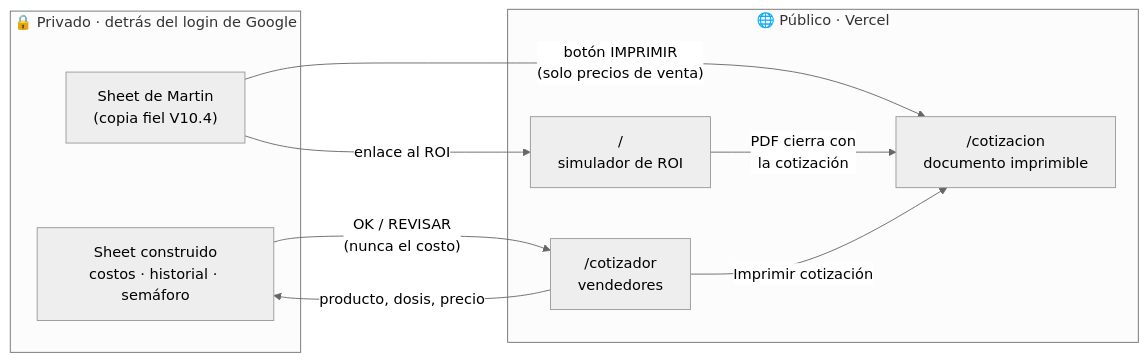
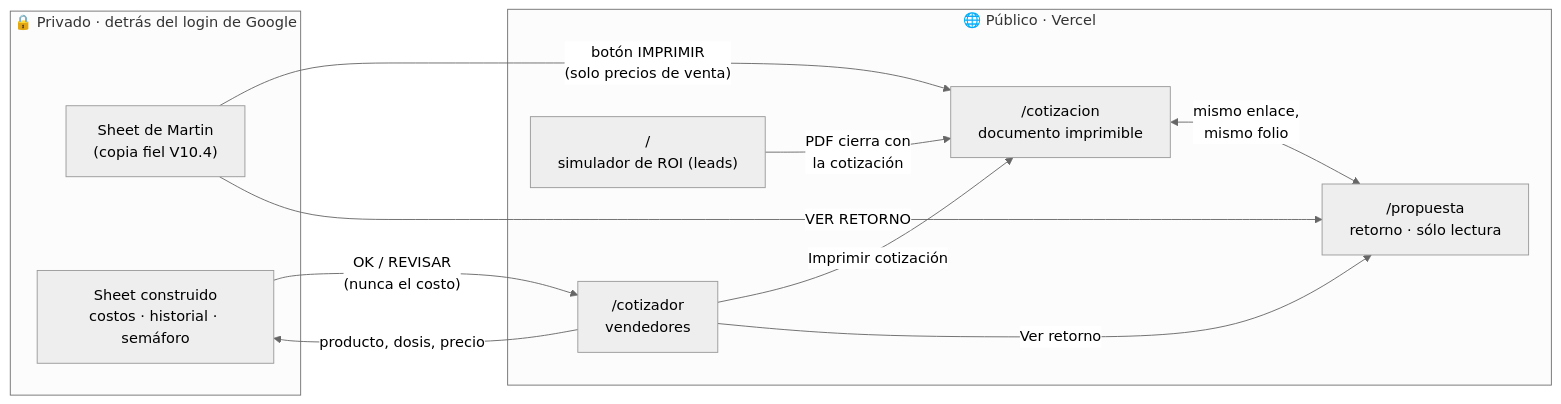
One commit to Ricmonpa/leucotec.ia changed the diagram in README.md. Above: the diagram before and after it, drawn with Mermaid (neutral theme). The commit also changed other lines of this file and 10 other files, not shown here.

First line of the commit message:
Propuesta de retorno de solo lectura para prospectos calificados

````diff
--- a/README.md
+++ b/README.md
@@ -60,20 +61,23 @@
 ```mermaid
 flowchart LR
     subgraph Privado["🔒 Privado · detrás del login de Google"]
         SM["Sheet de Martin<br/>(copia fiel V10.4)"]
         SC["Sheet construido<br/>costos · historial · semáforo"]
     end
 
     subgraph Publico["🌐 Público · Vercel"]
         CZ["/cotizador<br/>vendedores"]
         CT["/cotizacion<br/>documento imprimible"]
-        SIM["/<br/>simulador de ROI"]
+        PR["/propuesta<br/>retorno · sólo lectura"]
+        SIM["/<br/>simulador de ROI (leads)"]
     end
 
     SM -- "botón IMPRIMIR<br/>(solo precios de venta)" --> CT
     CZ -- "Imprimir cotización" --> CT
     CZ -- "producto, dosis, precio" --> SC
     SC -- "OK / REVISAR<br/>(nunca el costo)" --> CZ
-    SM -- "enlace al ROI" --> SIM
+    SM -- "VER RETORNO" --> PR
+    CZ -- "Ver retorno" --> PR
+    CT <-->|"mismo enlace,<br/>mismo folio"| PR
     SIM -- "PDF cierra con<br/>la cotización" --> CT
 ```
````
